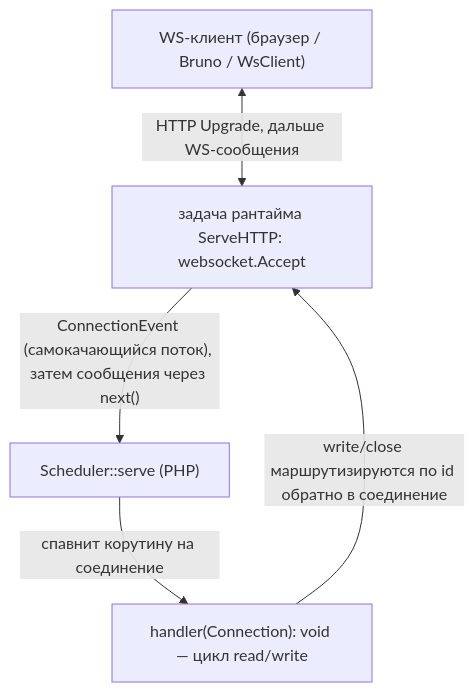
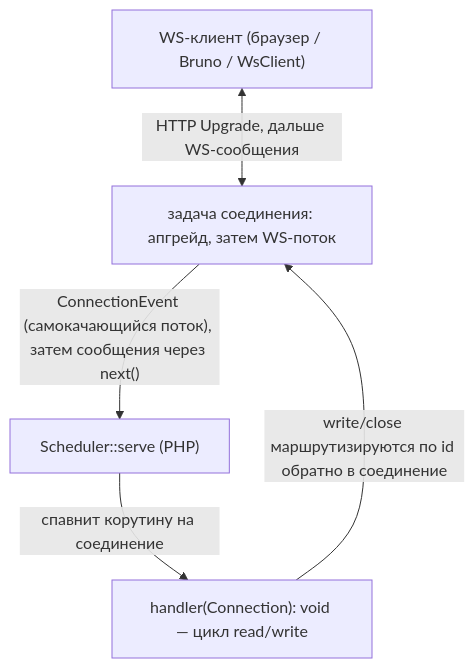
The diagram in docs/websocket-server.ru.md (sprust/sconcur), drawn with Mermaid before and after one commit. The commit also changed other lines of this file and 34 other files, not shown here.

````diff
--- a/docs/websocket-server.ru.md
+++ b/docs/websocket-server.ru.md
@@ -22,12 +24,12 @@
 ```mermaid
 flowchart TB
     client["WS-клиент (браузер / Bruno / WsClient)"]
-    serve["задача рантайма ServeHTTP: websocket.Accept"]
+    serve["задача соединения: апгрейд, затем WS-поток"]
     sched["Scheduler::serve (PHP)"]
     handler["handler(Connection): void — цикл read/write"]
 
     client <-->|"HTTP Upgrade, дальше WS-сообщения"| serve
     serve -->|"ConnectionEvent (самокачающийся поток), затем сообщения через next()"| sched
     sched -->|"спавнит корутину на соединение"| handler
     handler -->|"write/close маршрутизируются по id обратно в соединение"| serve
 ```
````
